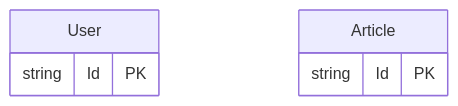
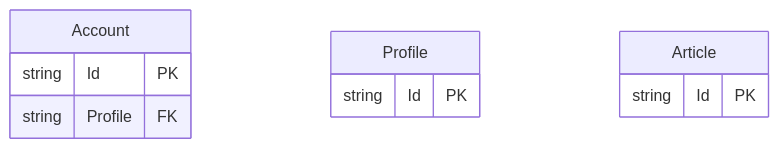
Before and after one commit to 4ry1337/my-obsidian: the fourth of 5 diagrams in Capstone/Diagrams.md, drawn with Mermaid. The commit also changed 2 other files, not shown here.

Commit message:
vault backup: 2024-01-14 13:47:11

````diff
--- a/Capstone/Diagrams.md
+++ b/Capstone/Diagrams.md
@@ -89,9 +89,14 @@
 ```mermaid
 erDiagram
-	User {
+	Account {
+		string Id PK
+		string Profile FK
+	}
+	Profile {
 		string Id PK
 	}
+	Account  Profile
 	Article {
 		string Id PK
 	}
 ```
````
